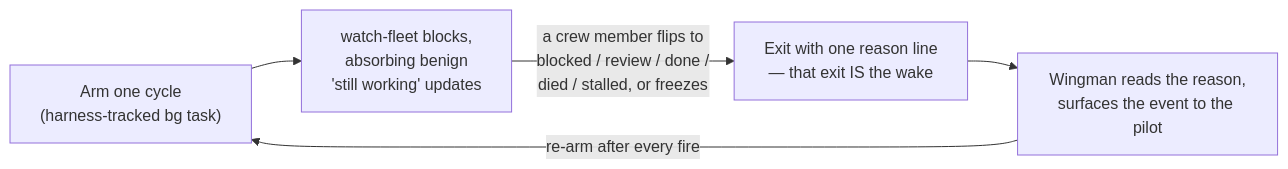
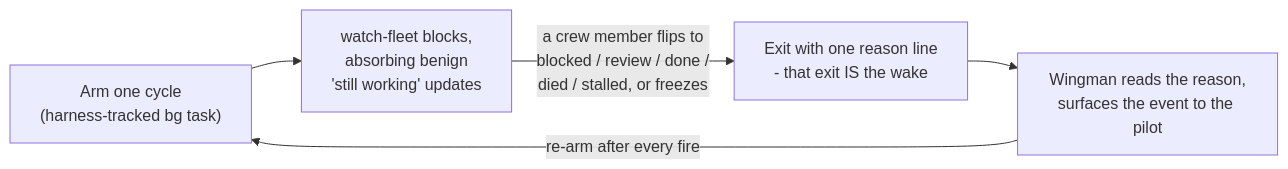
Before and after one commit to greerviau/wingman: the second of 4 diagrams in docs/architecture.md, drawn with Mermaid. The commit also changed other lines of this file and 76 other files, not shown here.

````diff
--- a/docs/architecture.md
+++ b/docs/architecture.md
@@ -58,7 +58,7 @@
 ```mermaid
 flowchart LR
     arm["Arm one cycle<br/>(harness-tracked bg task)"] --> block["watch-fleet blocks,<br/>absorbing benign<br/>'still working' updates"]
-    block -->|"a crew member flips to<br/>blocked / review / done /<br/>died / stalled, or freezes"| fire["Exit with one reason line<br/>— that exit IS the wake"]
+    block -->|"a crew member flips to<br/>blocked / review / done /<br/>died / stalled, or freezes"| fire["Exit with one reason line<br/>- that exit IS the wake"]
     fire --> handle["Wingman reads the reason,<br/>surfaces the event to the pilot"]
     handle -->|"re-arm after every fire"| arm
 ```
````
